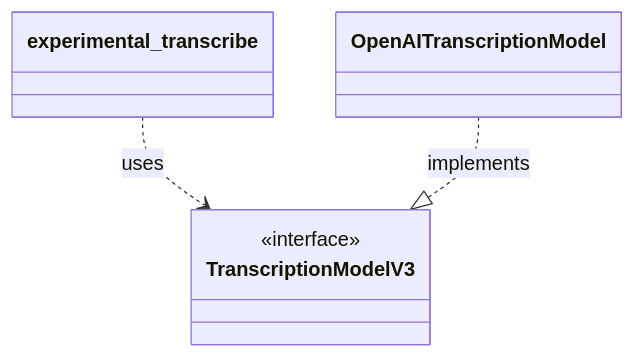
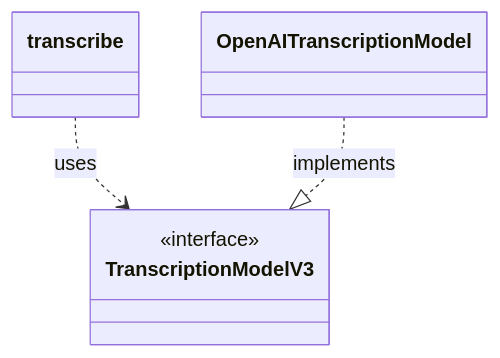
The sixth of 8 diagrams in architecture/provider-abstraction.md (vercel/ai), drawn with Mermaid before and after one commit. The commit also changed other lines of this file, not shown here.

````diff
--- a/architecture/provider-abstraction.md
+++ b/architecture/provider-abstraction.md
@@ -142,11 +139,11 @@
 ```mermaid
 classDiagram
-    class experimental_transcribe
+    class transcribe
     class TranscriptionModelV3 {
       <<interface>>
     }
     class OpenAITranscriptionModel
 
-    experimental_transcribe ..> TranscriptionModelV3 : uses
+    transcribe ..> TranscriptionModelV3 : uses
     OpenAITranscriptionModel ..|> TranscriptionModelV3 : implements
 ```
````
